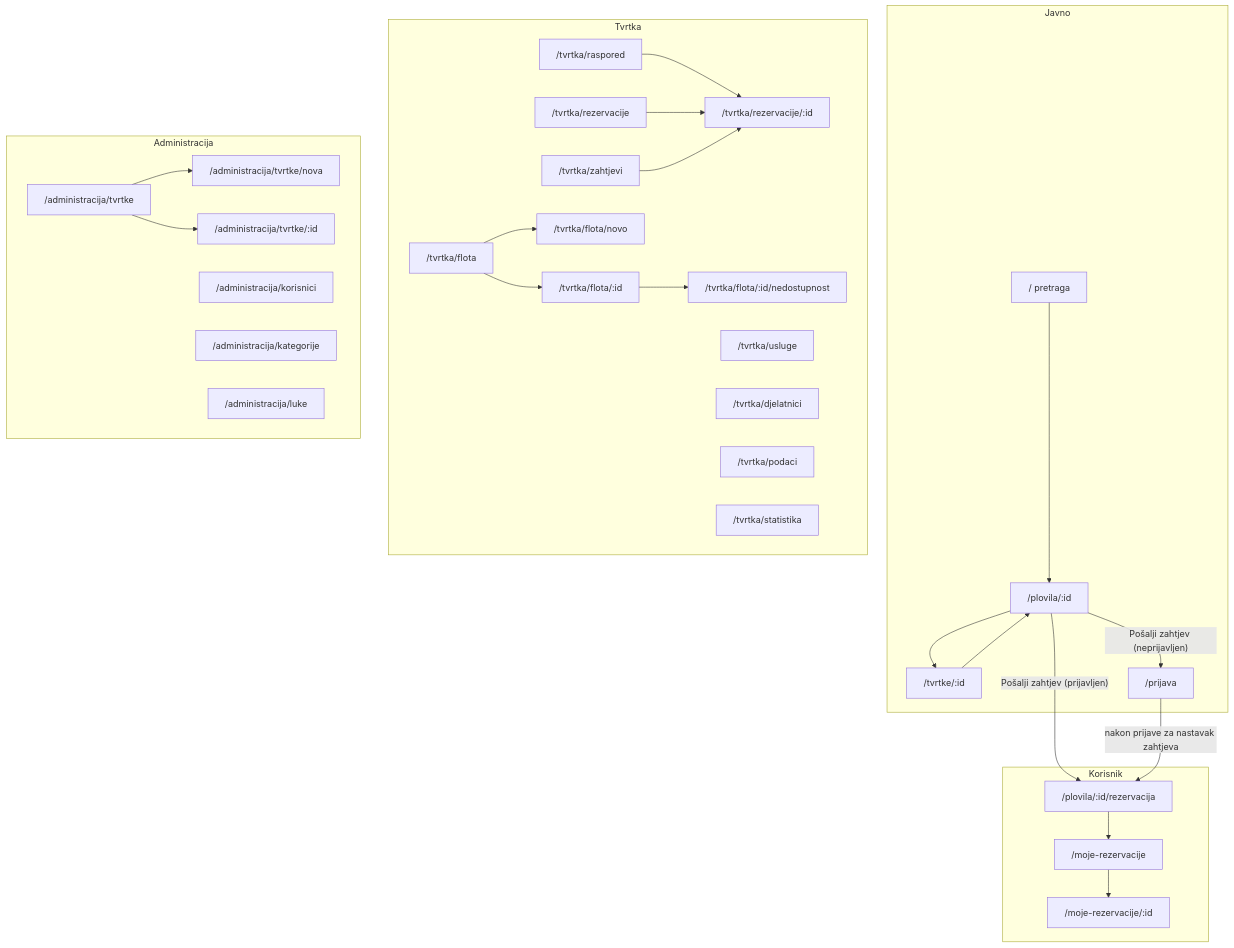
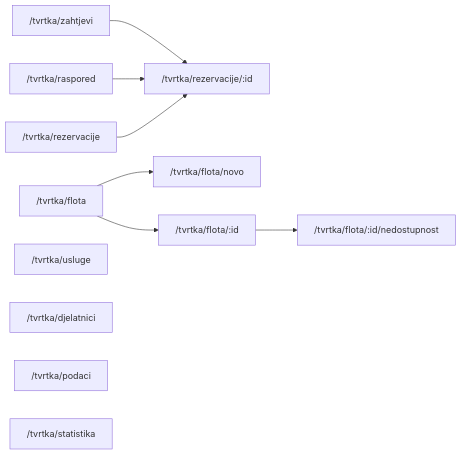
Before and after one commit to tmpteamname1/ChartIt: the second of 3 diagrams in docs/4-Arhitektura-i-oblikovanje.md, drawn with Mermaid. The commit also changed other lines of this file and 2 other files, not shown here.

Commit message:
143: Ispravci nakon pregleda (ST-02, ST-09, dijagram navigacije)

````diff
--- a/docs/4-Arhitektura-i-oblikovanje.md
+++ b/docs/4-Arhitektura-i-oblikovanje.md
@@ -308,35 +326,12 @@
 ```mermaid
-flowchart TB
-    subgraph Javno
-        P["/ pretraga"] --> D["/plovila/:id"]
-        D --> T["/tvrtke/:id"]
-        T --> D
-        L["/prijava"]
-    end
-    subgraph Korisnik
-        Z["/plovila/:id/rezervacija"] --> MR["/moje-rezervacije"]
-        MR --> MRD["/moje-rezervacije/:id"]
-    end
-    subgraph Tvrtka
-        TZ["/tvrtka/zahtjevi"]
-        TR["/tvrtka/raspored"] --> TRD["/tvrtka/rezervacije/:id"]
-        TREZ["/tvrtka/rezervacije"] --> TRD
-        TZ --> TRD
-        TF["/tvrtka/flota"] --> TFN["/tvrtka/flota/novo"]
-        TF --> TFI["/tvrtka/flota/:id"] --> TFD["/tvrtka/flota/:id/nedostupnost"]
-        TU["/tvrtka/usluge"]
-        TDJ["/tvrtka/djelatnici"]
-        TP["/tvrtka/podaci"]
-        TS["/tvrtka/statistika"]
-    end
-    subgraph Administracija
-        AT["/administracija/tvrtke"] --> ATN["/administracija/tvrtke/nova"]
-        AT --> ATI["/administracija/tvrtke/:id"]
-        AK["/administracija/korisnici"]
-        AKAT["/administracija/kategorije"]
-        AL["/administracija/luke"]
-    end
-    D -- "Pošalji zahtjev (prijavljen)" --> Z
-    D -- "Pošalji zahtjev (neprijavljen)" --> L
-    L -- "nakon prijave za nastavak zahtjeva" --> Z
+flowchart LR
+    TZ["/tvrtka/zahtjevi"] --> TRD["/tvrtka/rezervacije/:id"]
+    TR["/tvrtka/raspored"] --> TRD
+    TREZ["/tvrtka/rezervacije"] --> TRD
+    TF["/tvrtka/flota"] --> TFN["/tvrtka/flota/novo"]
+    TF --> TFI["/tvrtka/flota/:id"] --> TFD["/tvrtka/flota/:id/nedostupnost"]
+    TU["/tvrtka/usluge"]
+    TDJ["/tvrtka/djelatnici"]
+    TP["/tvrtka/podaci"]
+    TS["/tvrtka/statistika"]
 ```
````
